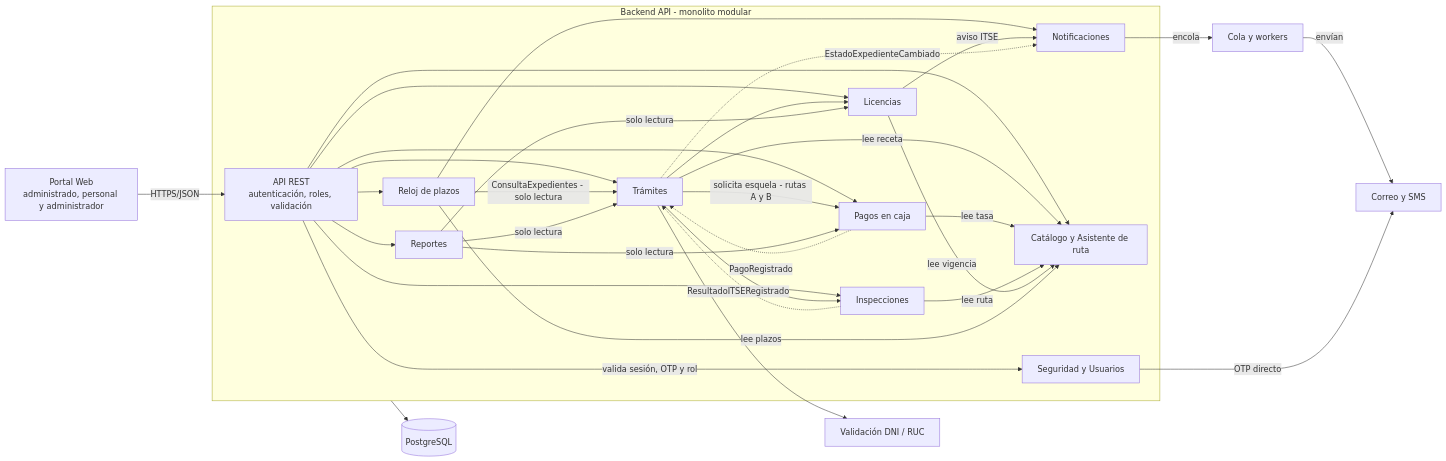
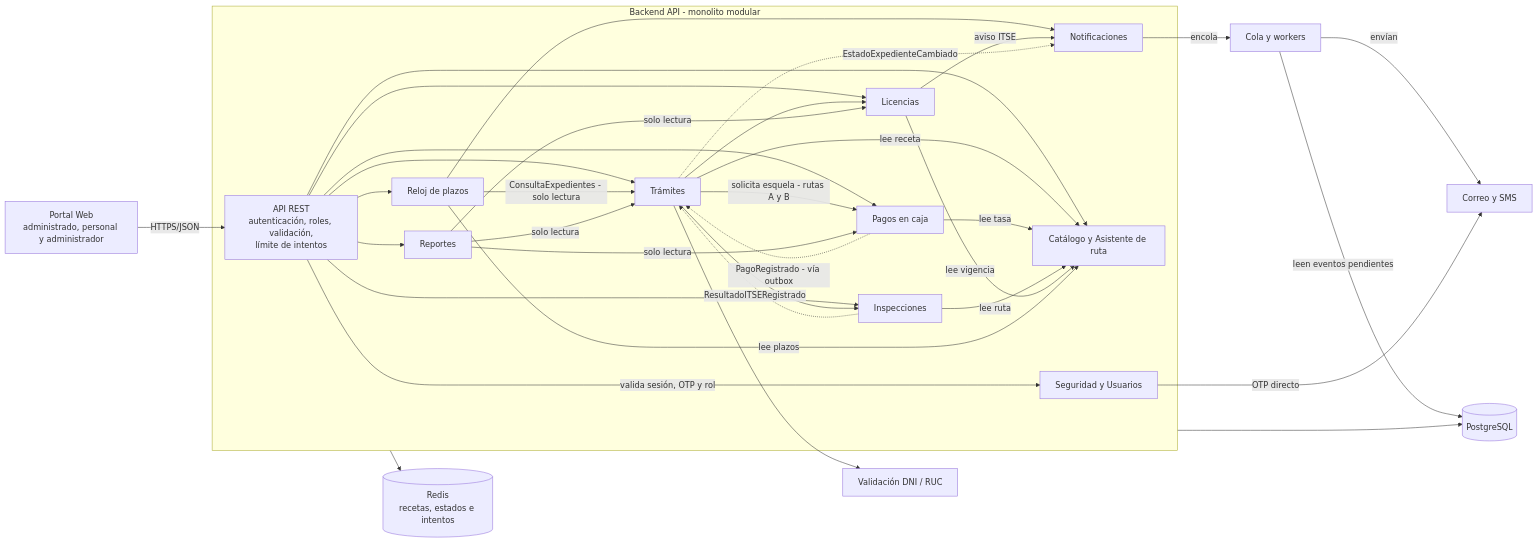
One commit to yeymyloson18/Licencias-Huanta-arquitSoft-JEIMY changed the diagram in docs/04-modelo-c4/Nivel3-Diagrama-de-Componentes.md. Above: the diagram before and after it, drawn with Mermaid. The commit also changed other lines of this file and 19 other files, not shown here.

````diff
--- a/docs/04-modelo-c4/Nivel3-Diagrama-de-Componentes.md
+++ b/docs/04-modelo-c4/Nivel3-Diagrama-de-Componentes.md
@@ -12,40 +12,42 @@
 ```mermaid
 flowchart LR
-    Front["Portal Web<br/>administrado, personal y administrador"] -->|"HTTPS/JSON"| Rest["API REST<br/>autenticación, roles, validación"]
+    Front["Portal Web<br/>administrado, personal y administrador"] -->|"HTTPS/JSON"| Rest["API REST<br/>autenticación, roles, validación,<br/>límite de intentos"]
 
     subgraph API["Backend API - monolito modular"]
         Rest -->|"valida sesión, OTP y rol"| Seg["Seguridad y Usuarios"]
         Rest --> Cat["Catálogo y Asistente de ruta"]
         Rest --> Tra["Trámites"]
         Rest --> Pag["Pagos en caja"]
         Rest --> Ins["Inspecciones"]
         Rest --> Lic["Licencias"]
         Rest --> Rep["Reportes"]
         Rest --> Pla["Reloj de plazos"]
         Not["Notificaciones"]
 
         Tra -->|"lee receta"| Cat
         Pag -->|"lee tasa"| Cat
         Ins -->|"lee ruta"| Cat
         Lic -->|"lee vigencia"| Cat
         Pla -->|"lee plazos"| Cat
         Tra -->|"solicita esquela - rutas A y B"| Pag
-        Pag -.->|"PagoRegistrado"| Tra
+        Pag -.->|"PagoRegistrado - vía outbox"| Tra
         Tra --> Ins
         Ins -.->|"ResultadoITSERegistrado"| Tra
         Tra --> Lic
         Pla -->|"ConsultaExpedientes - solo lectura"| Tra
         Rep -->|"solo lectura"| Tra
         Rep -->|"solo lectura"| Pag
         Rep -->|"solo lectura"| Lic
         Pla --> Not
         Lic -->|"aviso ITSE"| Not
         Tra -.->|"EstadoExpedienteCambiado"| Not
     end
 
     Tra --> Ident["Validación DNI / RUC"]
     Not -->|"encola"| Cola["Cola y workers"]
     Cola -->|"envían"| Msg["Correo y SMS"]
     Seg -->|"OTP directo"| Msg
     API --> BD[("PostgreSQL")]
+    Cola -->|"leen eventos pendientes"| BD
+    API --> Redis[("Redis<br/>recetas, estados e intentos")]
 ```
````
